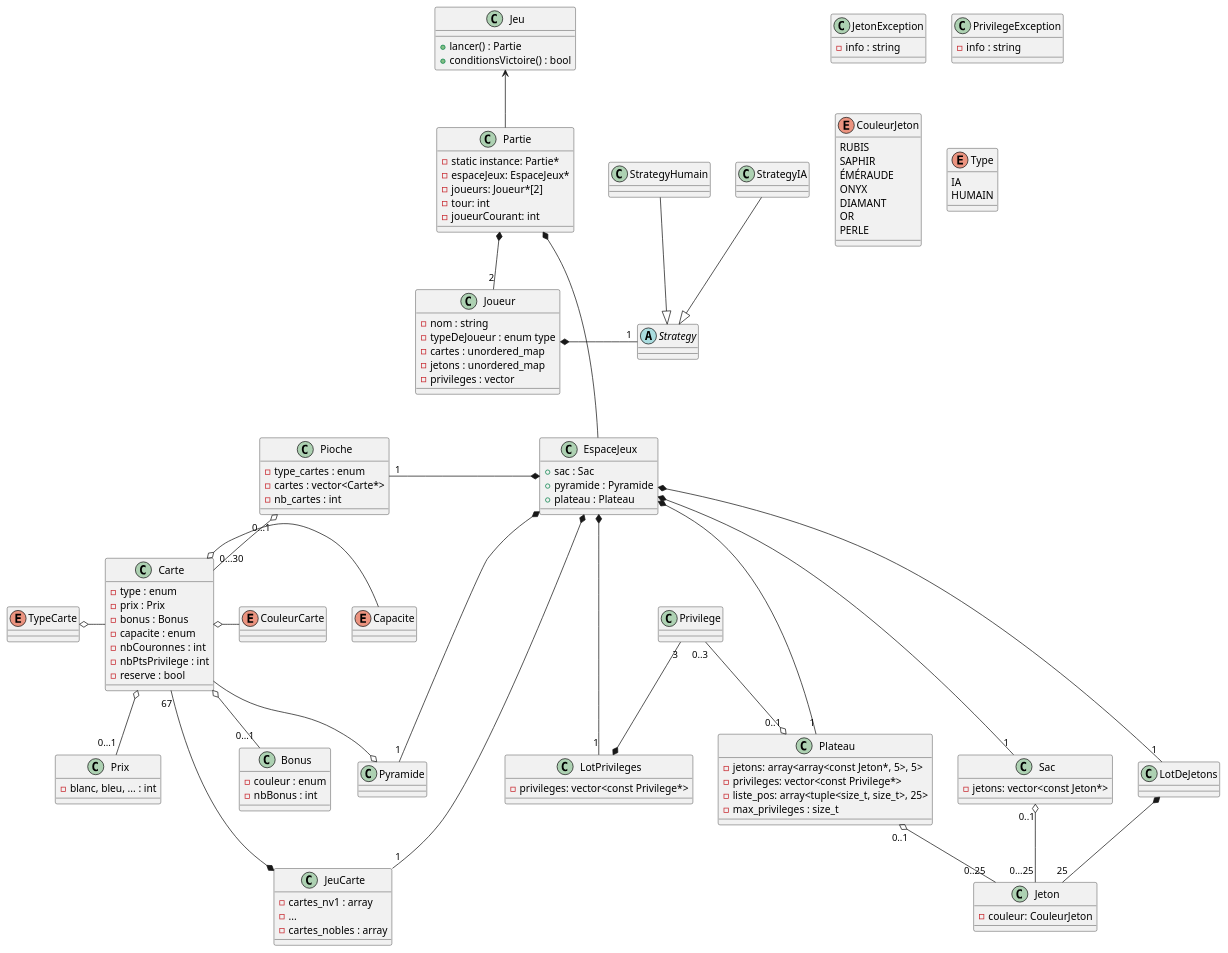
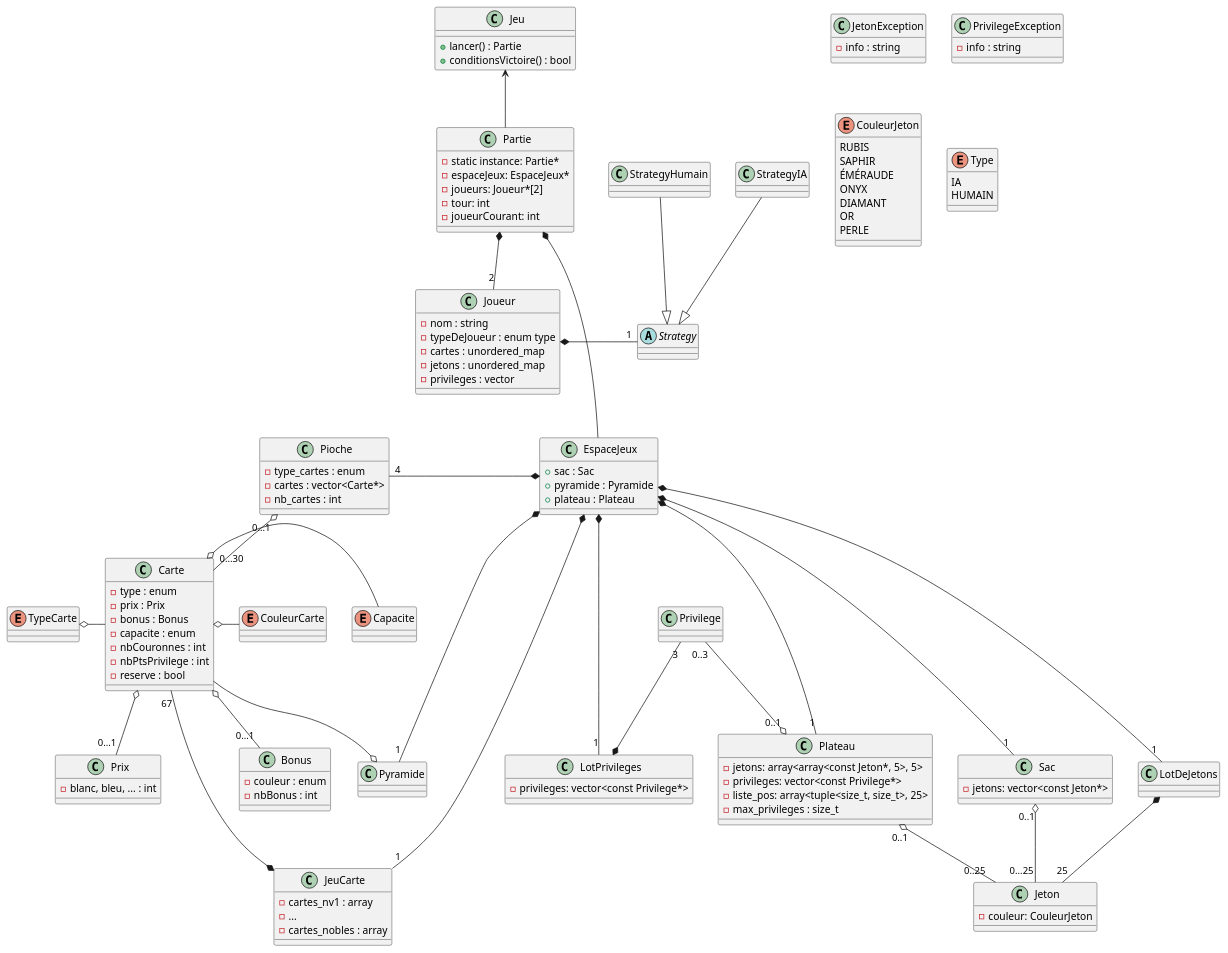
Before and after one commit to theguega/OOP-Board-Game: the diagram in uml/general/splendor.plantuml, drawn with PlantUML. The commit also changed 1 other file, not shown here.

Commit message:
dernier check de mes uml

```diff
--- a/uml/general/splendor.plantuml
+++ b/uml/general/splendor.plantuml
@@ -1,163 +1,163 @@
 @startuml splendor
 '    https://plantuml.com/class-diagram
 
 class JetonException {
   - info : string
 }
 
 class PrivilegeException {
   - info : string
 }
 
 enum CouleurJeton {
   RUBIS
   SAPHIR
   ÉMÉRAUDE
   ONYX
   DIAMANT
   OR
   PERLE
 }
 
 
 
 class Jeton {
   - couleur: CouleurJeton
 }
 
 class Privilege {
 }
 
 class LotPrivileges {
   - privileges: vector<const Privilege*>
 }
 
 class Sac {
   - jetons: vector<const Jeton*>
 }
 
 class Plateau {
   - jetons: array<array<const Jeton*, 5>, 5>
   - privileges: vector<const Privilege*>
   - liste_pos: array<tuple<size_t, size_t>, 25>
   - max_privileges : size_t
 }
 
 LotDeJetons *--"25" Jeton
 Sac "0..1" o-- "0...25" Jeton
 Privilege "3" --* LotPrivileges
 Plateau "0..1" o- "0..25" Jeton
 Privilege "0..3" -o "0..1" Plateau
 
 ' Cartes
 
 enum CouleurCarte
 
 enum TypeCarte
 
 enum Capacite
 
 class Carte{
     - type : enum
     - prix : Prix
     - bonus : Bonus
     - capacite : enum
     - nbCouronnes : int
     - nbPtsPrivilege : int
     - reserve : bool
 }
 
 class Bonus{
     - couleur : enum
     - nbBonus : int
 }
 
 class Prix{
     - blanc, bleu, ... : int
 }
 
 class Pioche {
     - type_cartes : enum
     - cartes : vector<Carte*>
     - nb_cartes : int
 }
 
 class JeuCarte {
     - cartes_nv1 : array
     - ...
     - cartes_nobles : array
 }
 
 class Pyramide {
 }
 
 Carte "67" ---* JeuCarte
 Carte --o Pyramide
 Pioche "0...1" o-- "0...30"Carte
 Carte o-- "0...1" Bonus
 Carte o-- "0...1" Prix
 Carte o- CouleurCarte
 TypeCarte o- Carte
 Carte o- Capacite
 
 ' Joueur
 
 class Joueur {
     - nom : string
     - typeDeJoueur : enum type
     - cartes : unordered_map
     - jetons : unordered_map
     - privileges : vector
 }
 
 abstract Strategy {
 }
 
 class StrategyHumain
 class StrategyIA
 
 Joueur *- "1" Strategy
 StrategyHumain --|> Strategy
 StrategyIA --|> Strategy
 enum Type {
     IA
     HUMAIN
 }
 
 ' Partie
 
 class Partie {
     - static instance: Partie*
     - espaceJeux: EspaceJeux*
     - joueurs: Joueur*[2]
     - tour: int
     - joueurCourant: int
 }
 
 ' Others
 
 class EspaceJeux {
     + sac : Sac
     + pyramide : Pyramide
     + plateau : Plateau
 }
 
 class Jeu {
     + lancer() : Partie
     + conditionsVictoire() : bool
 }
 
 Partie *--- EspaceJeux
 Partie *--"2" Joueur
 
 EspaceJeux *---"1" Sac
 EspaceJeux *---"1" Pyramide
 EspaceJeux *---"1" Plateau
 EspaceJeux *---"1" LotDeJetons
 EspaceJeux *---"1" LotPrivileges
 EspaceJeux *--"1" JeuCarte
-Pioche "1"-* EspaceJeux
+Pioche "4"-* EspaceJeux
 
 Jeu <-- Partie
 
 @enduml
```
